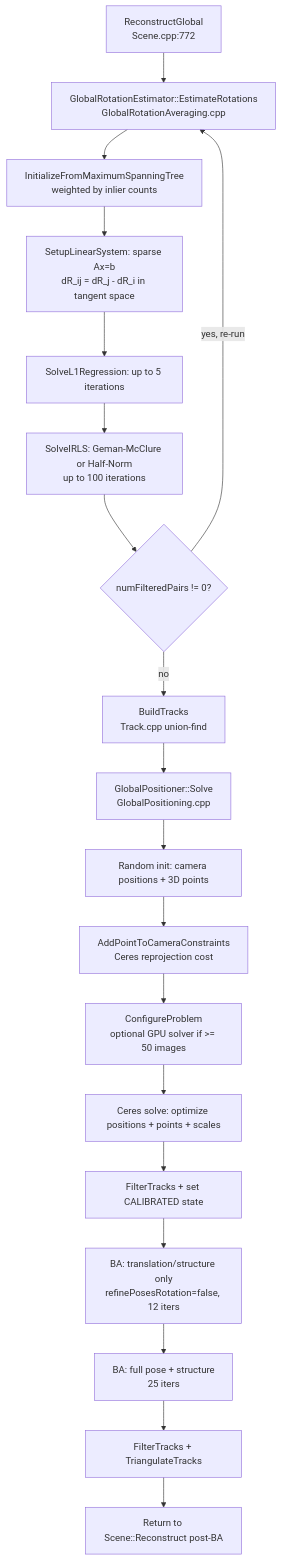
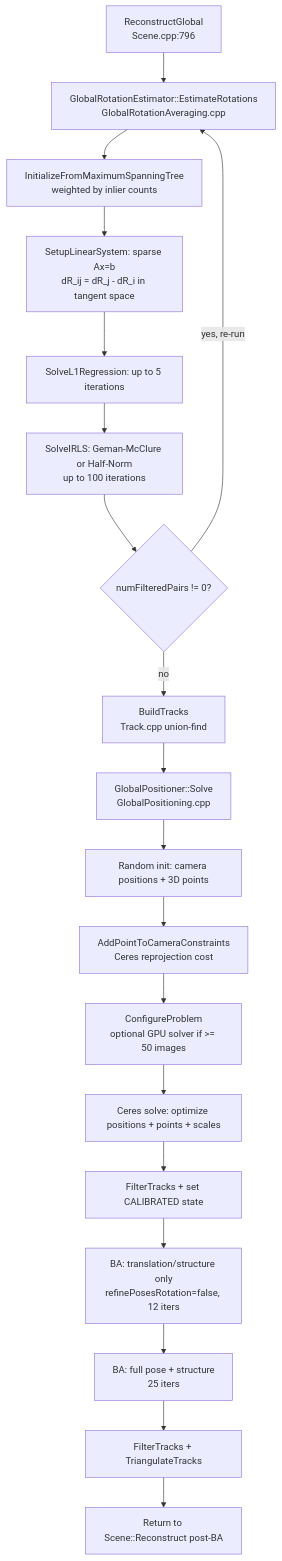
Before and after one commit to medidai/openMVS: the fourth of 10 diagrams in docs/pipeline-traces.md, drawn with Mermaid. The commit also changed other lines of this file and 32 other files, not shown here.

````diff
--- a/docs/pipeline-traces.md
+++ b/docs/pipeline-traces.md
@@ -237,21 +276,21 @@
 ```mermaid
 graph TD
-    A[ReconstructGlobal<br/>Scene.cpp:772] --> B[GlobalRotationEstimator::EstimateRotations<br/>GlobalRotationAveraging.cpp]
+    A[ReconstructGlobal<br/>Scene.cpp:796] --> B[GlobalRotationEstimator::EstimateRotations<br/>GlobalRotationAveraging.cpp]
     B --> B1[InitializeFromMaximumSpanningTree<br/>weighted by inlier counts]
     B1 --> B2[SetupLinearSystem: sparse Ax=b<br/>dR_ij = dR_j - dR_i in tangent space]
     B2 --> B3[SolveL1Regression: up to 5 iterations]
     B3 --> B4[SolveIRLS: Geman-McClure or Half-Norm<br/>up to 100 iterations]
     B4 --> B5{numFilteredPairs != 0?}
     B5 -->|yes, re-run| B
     B5 -->|no| C[BuildTracks<br/>Track.cpp union-find]
     C --> D[GlobalPositioner::Solve<br/>GlobalPositioning.cpp]
     D --> D1[Random init: camera positions + 3D points]
     D1 --> D2[AddPointToCameraConstraints<br/>Ceres reprojection cost]
     D2 --> D3[ConfigureProblem<br/>optional GPU solver if >= 50 images]
     D3 --> D4[Ceres solve: optimize positions + points + scales]
     D4 --> E[FilterTracks + set CALIBRATED state]
     E --> F[BA: translation/structure only<br/>refinePosesRotation=false, 12 iters]
     F --> G[BA: full pose + structure<br/>25 iters]
     G --> H[FilterTracks + TriangulateTracks]
     H --> I[Return to Scene::Reconstruct post-BA]
 ```
````
